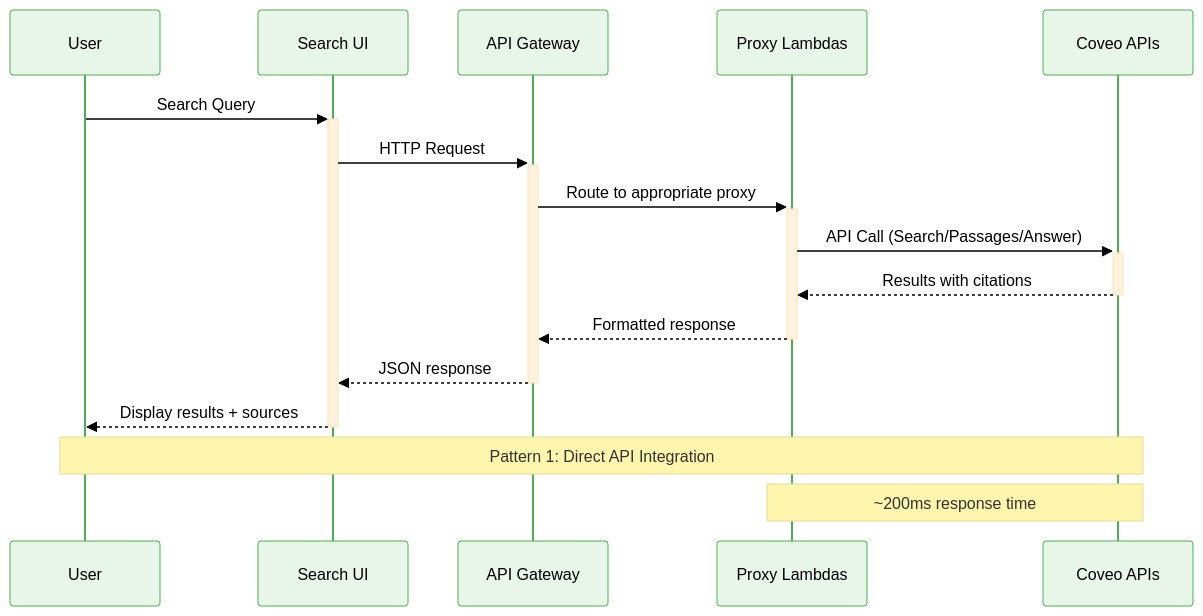
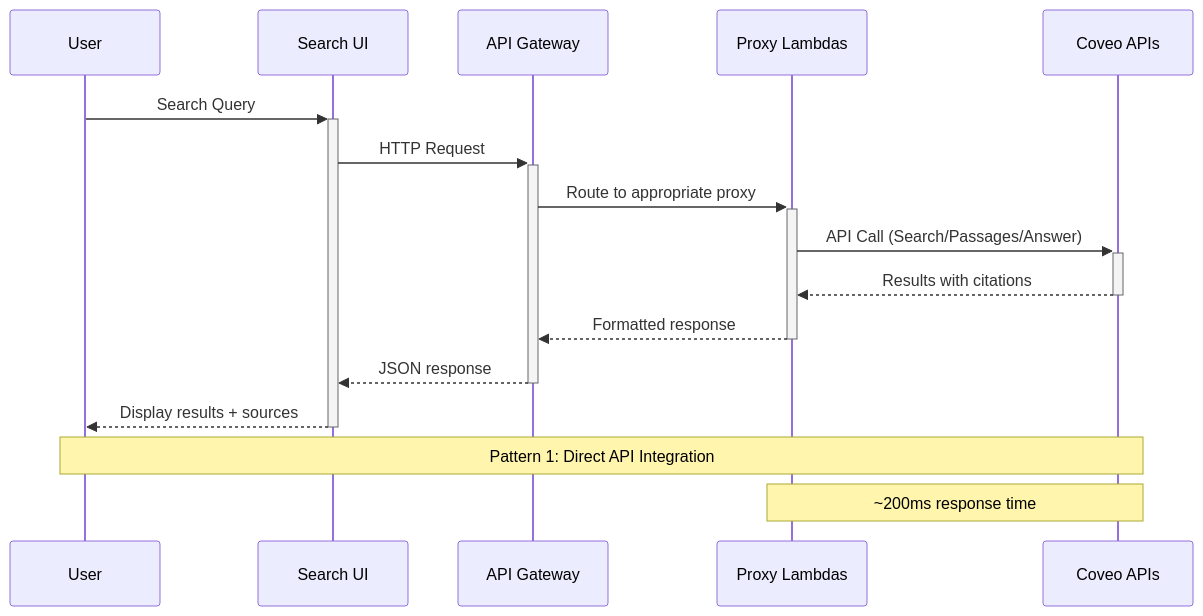
The second of 2 diagrams in mkdocs-workshop/docs/lab1/index.md (coveo-labs/aws-coveo-workshop-stackset), drawn with Mermaid before and after one commit. The commit also changed 5 other files, not shown here.

````diff
--- a/mkdocs-workshop/docs/lab1/index.md
+++ b/mkdocs-workshop/docs/lab1/index.md
@@ -61,21 +61,20 @@
 ```mermaid
-%%{init: {'theme':'base', 'themeVariables': { 'primaryColor':'#e8f5e9','primaryTextColor':'#000','primaryBorderColor':'#4caf50','lineColor':'#4caf50','secondaryColor':'#fff3e0','tertiaryColor':'#e3f2fd'}}}%%
 sequenceDiagram
     participant User
     participant UI as Search UI
     participant API as API Gateway
     participant Lambda as Proxy Lambdas
     participant Coveo as Coveo APIs
     
     User->>+UI: Search Query
     UI->>+API: HTTP Request
     API->>+Lambda: Route to appropriate proxy
     Lambda->>+Coveo: API Call (Search/Passages/Answer)
     Coveo-->>-Lambda: Results with citations
     Lambda-->>-API: Formatted response
     API-->>-UI: JSON response
     UI-->>-User: Display results + sources
     
     Note over User,Coveo: Pattern 1: Direct API Integration
     Note over Lambda,Coveo: ~200ms response time
 ```
````
